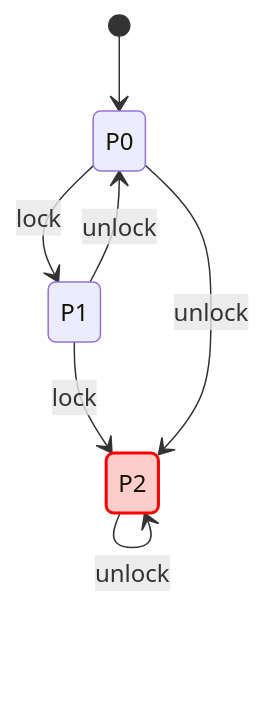
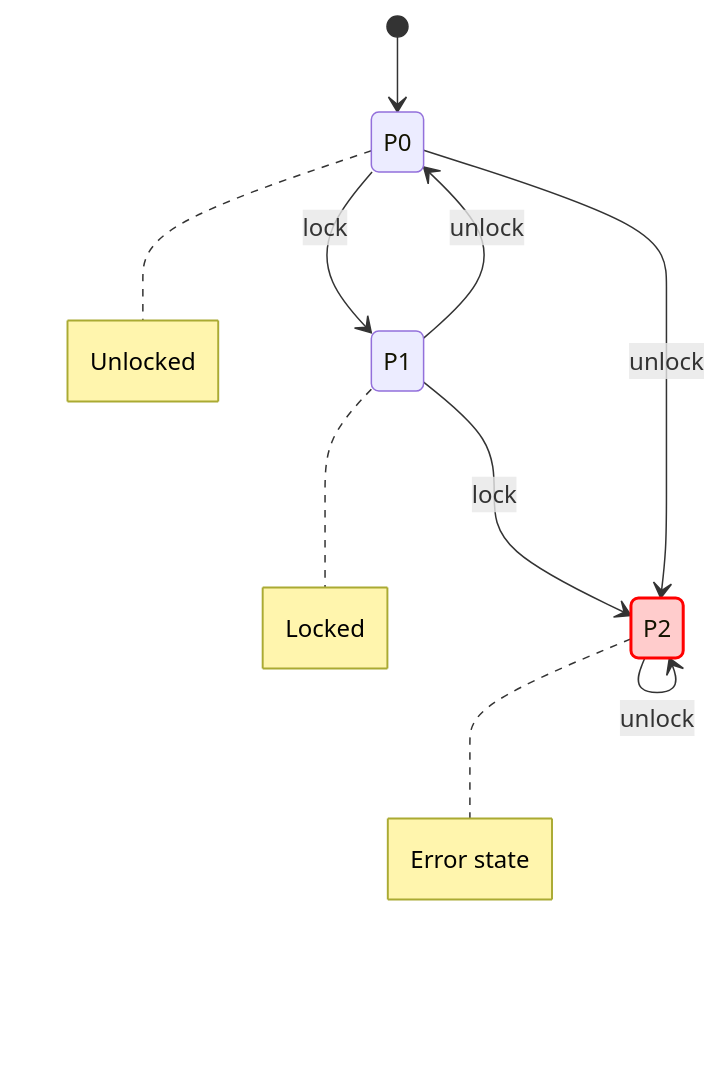
Before and after one commit to msdbok/sqrbok: the second of 3 diagrams in _verification/overview.md, drawn with Mermaid. The commit also changed other lines of this file, not shown here.

```diff
--- a/_verification/overview.md
+++ b/_verification/overview.md
@@ -249,16 +249,32 @@
 {% mermaid %}
 
 stateDiagram-v2
     state P2 <<error>>
     style P2 fill:#ffcccc,stroke:#ff0000,stroke-width:2px
 
     [*] --> P0
     P0 --> P1 : lock
     P1 --> P0 : unlock
 
     P1 --> P2 : lock
     P0 --> P2 : unlock
 
     P2 --> P2 : lock
     P2 --> P2 : unlock
+
+    state "P0" as P0
+    note right of P0
+        Unlocked
+    end note
+
+    state "P1" as P1
+    note right of P1
+        Locked
+    end note
+
+    state "P2" as P2
+    note right of P2
+        Error state
+    end note
+
 {% endmermaid %}
```
